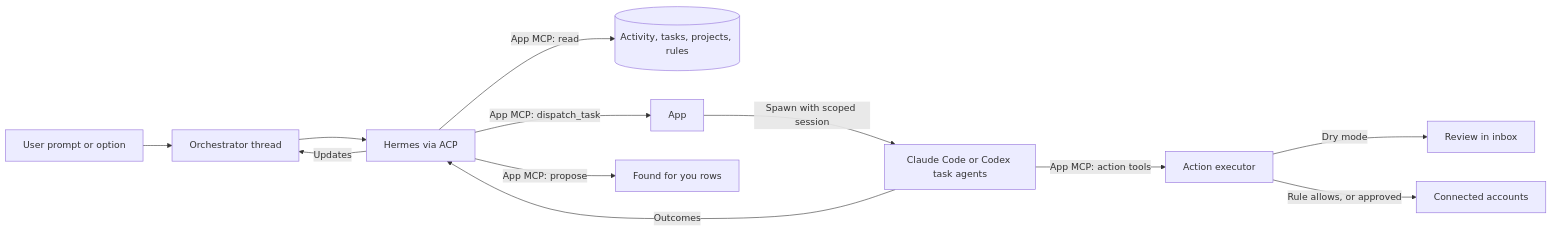
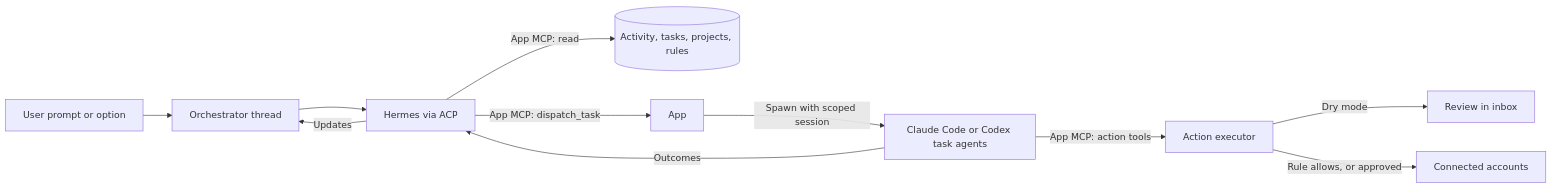
The diagram in docs/specs/hermes-orchestrator.md (Dodecahedr0x/me-myself-ai), drawn with Mermaid before and after one commit. The commit also changed other lines of this file and 9 other files, not shown here.

````diff
--- a/docs/specs/hermes-orchestrator.md
+++ b/docs/specs/hermes-orchestrator.md
@@ -11,14 +11,13 @@
 ```mermaid
 flowchart LR
     User[User prompt or option] --> Thread[Orchestrator thread]
     Thread --> Hermes[Hermes via ACP]
     Hermes -->|App MCP: read| Store[(Activity, tasks, projects, rules)]
     Hermes -->|App MCP: dispatch_task| App[App]
-    Hermes -->|App MCP: propose| Found[Found for you rows]
     App -->|Spawn with scoped session| Workers[Claude Code or Codex task agents]
     Workers -->|App MCP: action tools| Executor[Action executor]
     Executor -->|Dry mode| Inbox[Review in inbox]
     Executor -->|Rule allows, or approved| Sources[Connected accounts]
     Workers -->|Outcomes| Hermes
     Hermes -->|Updates| Thread
 ```
````
